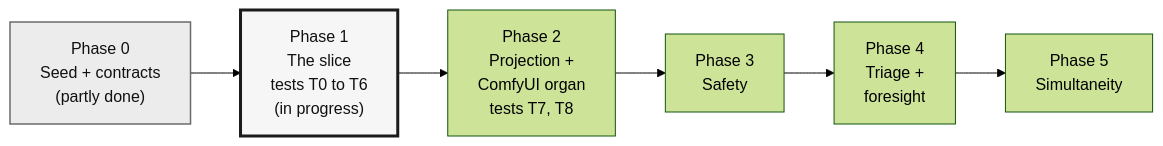
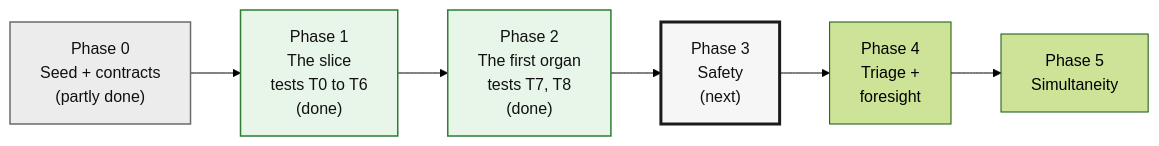
The first of 6 diagrams in docs/plexus/DIAGRAMS.md (JosephOIbrahim/Plexus), drawn with Mermaid (forest theme) before and after one commit. The commit also changed other lines of this file and 3 other files, not shown here.

First line of the commit message:
readme: the Plexus wordmark, five diagrams, and a README organised for a fast read (Joe, Nov 9)

````diff
--- a/docs/plexus/DIAGRAMS.md
+++ b/docs/plexus/DIAGRAMS.md
@@ -28,12 +28,13 @@
 ```mermaid
 flowchart LR
     P0["Phase 0<br/>Seed + contracts<br/>(partly done)"]:::partial
-    P1["Phase 1<br/>The slice<br/>tests T0 to T6<br/>(in progress)"]:::next
-    P2["Phase 2<br/>Projection +<br/>ComfyUI organ<br/>tests T7, T8"]
-    P3["Phase 3<br/>Safety"]
+    P1["Phase 1<br/>The slice<br/>tests T0 to T6<br/>(done)"]:::done
+    P2["Phase 2<br/>The first organ<br/>tests T7, T8<br/>(done)"]:::done
+    P3["Phase 3<br/>Safety<br/>(next)"]:::next
     P4["Phase 4<br/>Triage +<br/>foresight"]
     P5["Phase 5<br/>Simultaneity"]
     P0 --> P1 --> P2 --> P3 --> P4 --> P5
     classDef partial fill:#ececec,stroke:#6b6b6b,stroke-width:1.5px,color:#111
     classDef next fill:#f6f6f6,stroke:#1b1b1b,stroke-width:3px,color:#111
+    classDef done fill:#e8f5e9,stroke:#2e7d32,stroke-width:1.5px,color:#111
 ```
````
